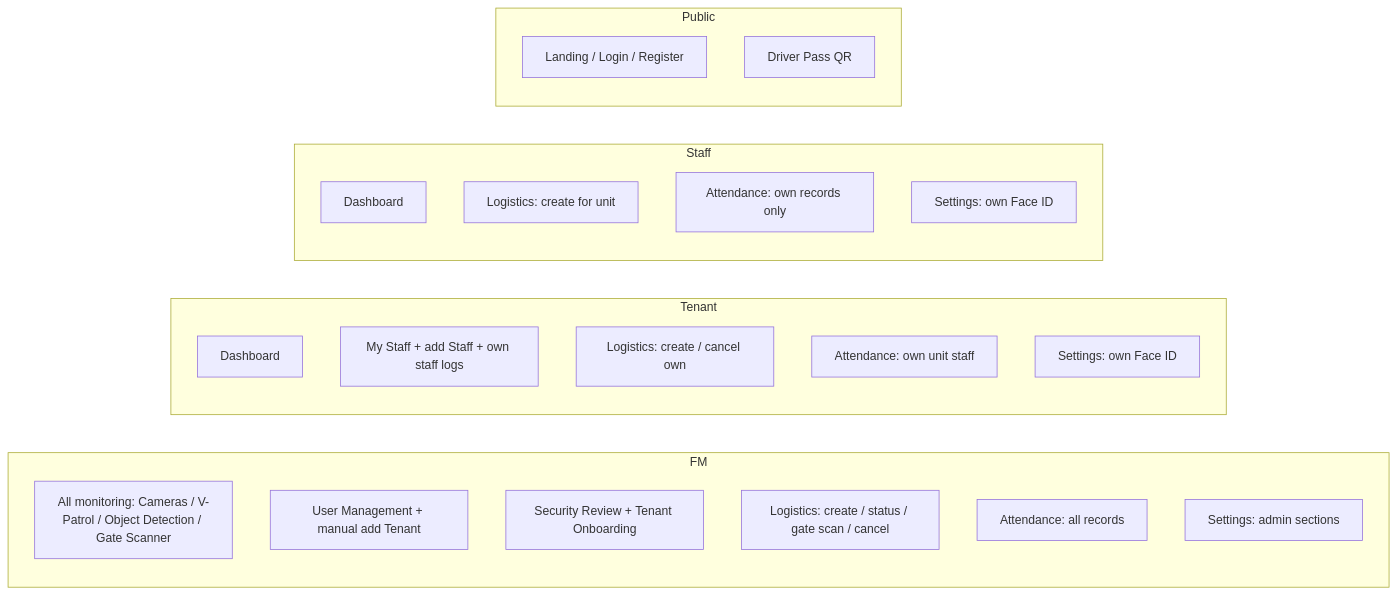
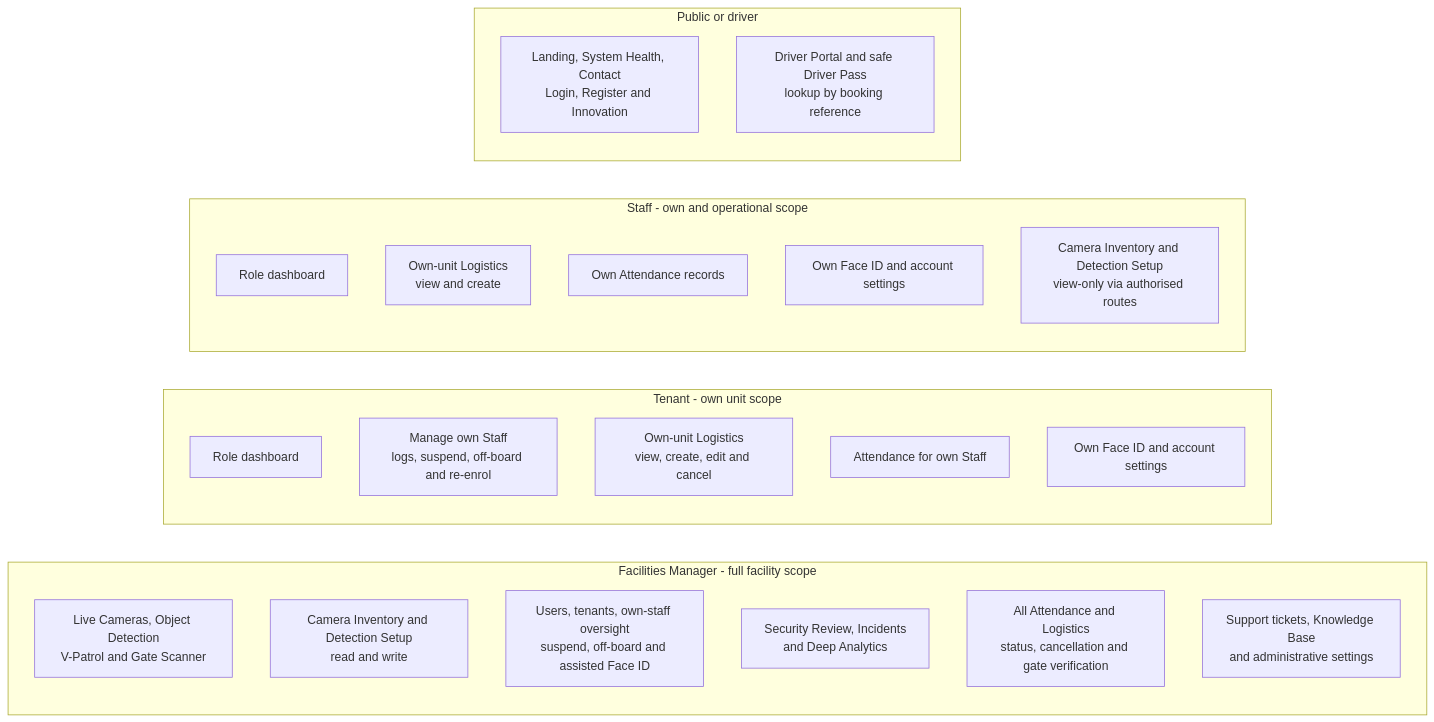
One commit to feliciatanxl/FlowGuard changed the second of 2 diagrams in design/md/rbac-flow.md. Above: the diagram before and after it, drawn with Mermaid. The commit also changed other lines of this file and 26 other files, not shown here.

Commit message:
fix: finalize Incident Analytics lifecycle, redact JWT logs, refresh submission docs and diagrams, and remove unused Gemini manifests

````diff
--- a/design/md/rbac-flow.md
+++ b/design/md/rbac-flow.md
@@ -16,28 +43,32 @@
 ```mermaid
 flowchart LR
-  subgraph FM[FM]
-    FM1[All monitoring: Cameras / V-Patrol / Object Detection / Gate Scanner]
-    FM2[User Management + manual add Tenant]
-    FM3[Security Review + Tenant Onboarding]
-    FM4[Logistics: create / status / gate scan / cancel]
-    FM5[Attendance: all records]
-    FM6[Settings: admin sections]
+  subgraph FM[Facilities Manager - full facility scope]
+    FM1[Live Cameras, Object Detection<br/>V-Patrol and Gate Scanner]
+    FM2[Camera Inventory and Detection Setup<br/>read and write]
+    FM3[Users, tenants, own-staff oversight<br/>suspend, off-board and assisted Face ID]
+    FM4[Security Review, Incidents<br/>and Deep Analytics]
+    FM5[All Attendance and Logistics<br/>status, cancellation and gate verification]
+    FM6[Support tickets, Knowledge Base<br/>and administrative settings]
   end
-  subgraph TEN[Tenant]
-    T1[Dashboard]
-    T2[My Staff + add Staff + own staff logs]
-    T3[Logistics: create / cancel own]
-    T4[Attendance: own unit staff]
-    T5[Settings: own Face ID]
+
+  subgraph TEN[Tenant - own unit scope]
+    T1[Role dashboard]
+    T2[Manage own Staff<br/>logs, suspend, off-board and re-enrol]
+    T3[Own-unit Logistics<br/>view, create, edit and cancel]
+    T4[Attendance for own Staff]
+    T5[Own Face ID and account settings]
   end
-  subgraph STF[Staff]
-    S1[Dashboard]
-    S2[Logistics: create for unit]
-    S3[Attendance: own records only]
-    S4[Settings: own Face ID]
+
+  subgraph STF[Staff - own and operational scope]
+    S1[Role dashboard]
+    S2[Own-unit Logistics<br/>view and create]
+    S3[Own Attendance records]
+    S4[Own Face ID and account settings]
+    S5[Camera Inventory and Detection Setup<br/>view-only via authorised routes]
   end
-  subgraph PUB[Public]
-    P1[Landing / Login / Register]
-    P2[Driver Pass QR]
+
+  subgraph PUB[Public or driver]
+    P1[Landing, System Health, Contact<br/>Login, Register and Innovation]
+    P2[Driver Portal and safe Driver Pass<br/>lookup by booking reference]
   end
 ```
````
